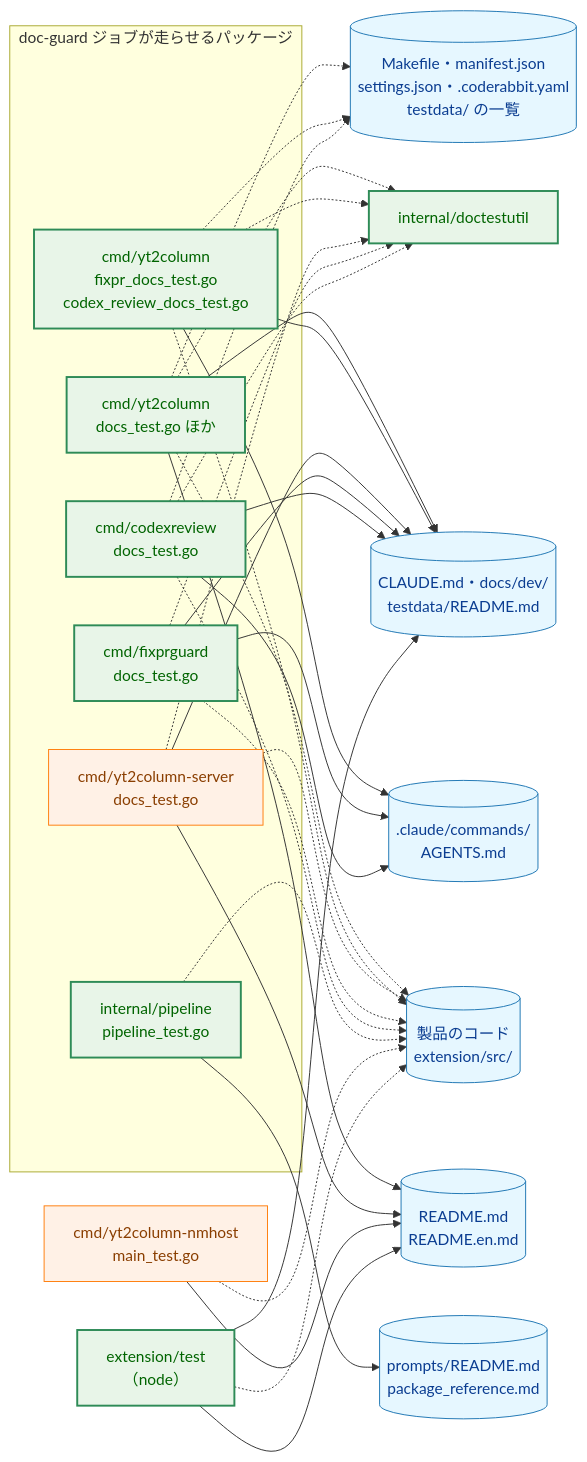
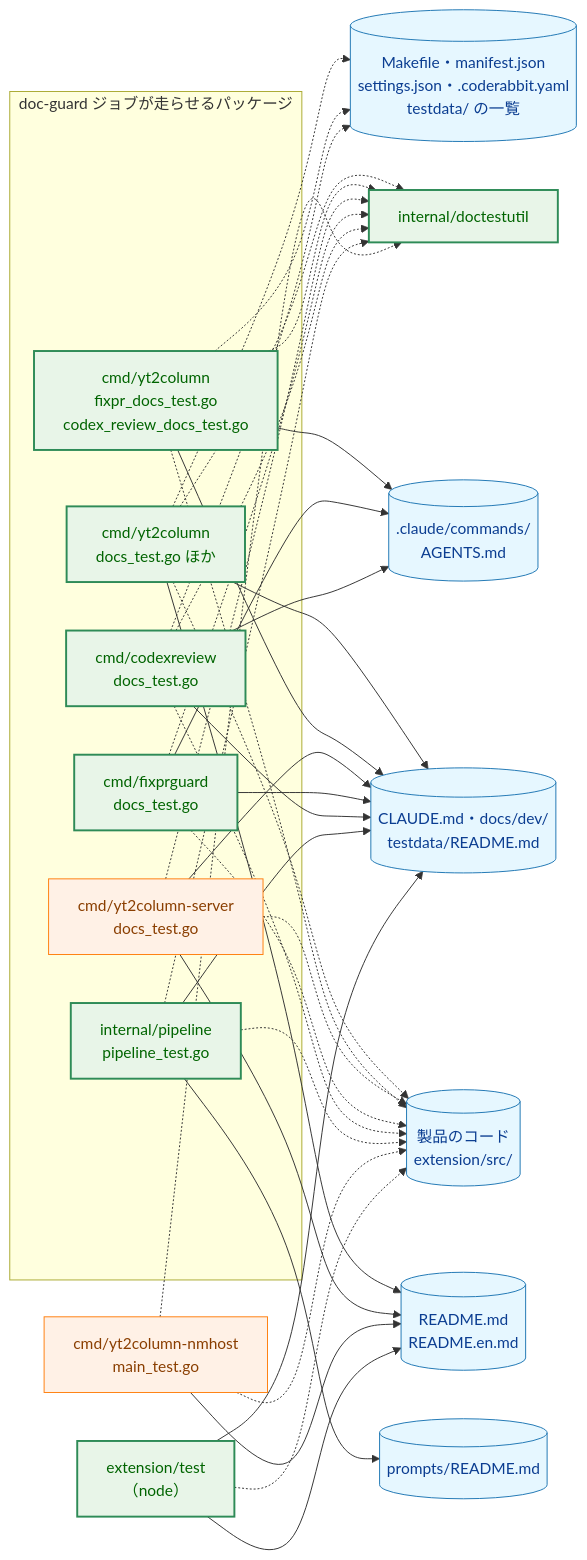
The third of 10 diagrams in docs/tasks/0052_doc_test_pruning/02_architecture.md (isseis/yt2column), drawn with Mermaid before and after one commit. The commit also changed other lines of this file, not shown here.

````diff
--- a/docs/tasks/0052_doc_test_pruning/02_architecture.md
+++ b/docs/tasks/0052_doc_test_pruning/02_architecture.md
@@ -127,61 +129,64 @@
 ```mermaid
 flowchart LR
     classDef data fill:#e6f7ff,stroke:#1f77b4,stroke-width:1px,color:#0b3d91;
     classDef process fill:#fff1e6,stroke:#ff7f0e,stroke-width:1px,color:#8a3e00;
     classDef enhanced fill:#e8f5e8,stroke:#2e8b57,stroke-width:2px,color:#006400;
 
     subgraph Guard["doc-guard ジョブが走らせるパッケージ"]
         T1["cmd/yt2column<br>docs_test.go ほか"]
         T2["cmd/yt2column<br>fixpr_docs_test.go<br>codex_review_docs_test.go"]
         T3["cmd/yt2column-server<br>docs_test.go"]
         T4["cmd/fixprguard<br>docs_test.go"]
         T5["cmd/codexreview<br>docs_test.go"]
         T6["internal/pipeline<br>pipeline_test.go"]
     end
     T7["cmd/yt2column-nmhost<br>main_test.go"]
     T8["extension/test<br>（node）"]
     U["internal/doctestutil"]
 
     D1[("README.md<br>README.en.md")]
     D2[("CLAUDE.md・docs/dev/<br>testdata/README.md")]
     D3[(".claude/commands/<br>AGENTS.md")]
-    D4[("prompts/README.md<br>package_reference.md")]
+    D4[("prompts/README.md")]
     V1[("製品のコード<br>extension/src/")]
     V2[("Makefile・manifest.json<br>settings.json・.coderabbit.yaml<br>testdata/ の一覧")]
 
     T1 --> D1
     T1 --> D2
     T2 --> D3
     T2 --> D2
     T3 --> D1
     T3 --> D2
     T4 --> D2
     T4 --> D3
     T5 --> D3
     T5 --> D2
     T6 --> D4
+    T6 --> D2
     T7 --> D1
     T8 --> D1
     T8 --> D2
     T1 -.-> V1
     T1 -.-> V2
     T2 -.-> V1
     T2 -.-> V2
     T3 -.-> V1
     T4 -.-> V1
     T5 -.-> V1
     T5 -.-> V2
     T6 -.-> V1
     T7 -.-> V1
     T8 -.-> V1
     T1 -.-> U
     T2 -.-> U
     T3 -.-> U
     T4 -.-> U
     T5 -.-> U
+    T6 -.-> U
+    T7 -.-> U
 
     class T1,T2,T4,T5,T6,U enhanced
     class T3,T7 process
     class T8 enhanced
     class D1,D2,D3,D4,V1,V2 data
 ```
````
